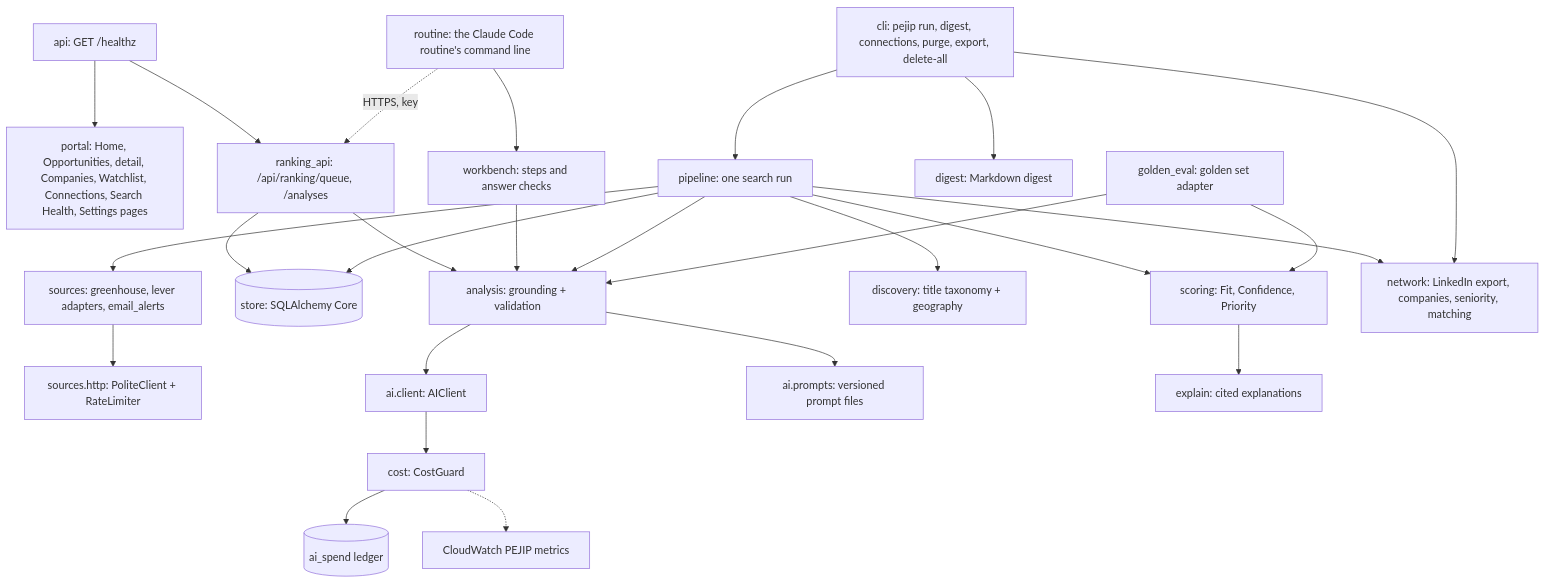
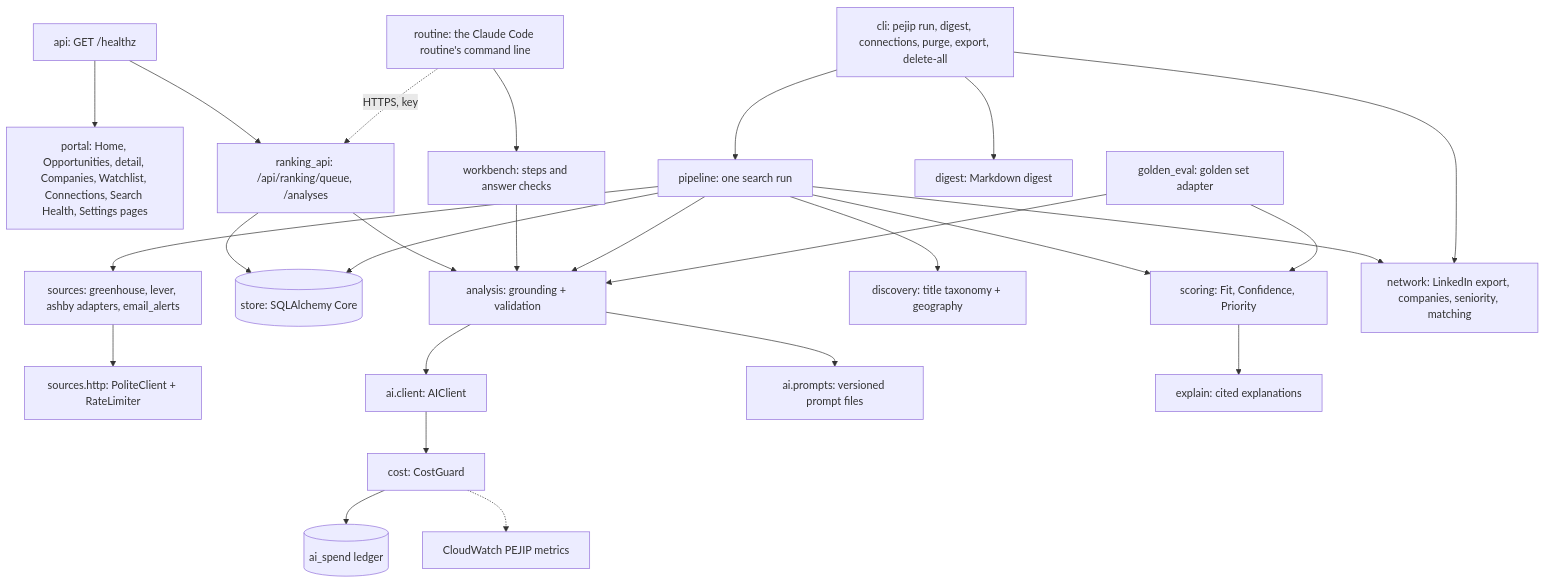
Before and after one commit to madduri-ops/PEJIP: the diagram in docs/architecture/components.md, drawn with Mermaid. The commit also changed other lines of this file and 10 other files, not shown here.

````diff
--- a/docs/architecture/components.md
+++ b/docs/architecture/components.md
@@ -7,44 +7,44 @@
 ```mermaid
 flowchart TB
     api[api: GET /healthz]
     portal[portal: Home, Opportunities, detail, Companies, Watchlist, Connections, Search Health, Settings pages]
     rapi[ranking_api: /api/ranking/queue, /analyses]
     api --> portal
     api --> rapi
     rapi --> ana
     rapi --> store
     routine[routine: the Claude Code routine's command line] -.HTTPS, key.-> rapi
     routine --> work[workbench: steps and answer checks]
     work --> ana
     cli[cli: pejip run, digest, connections, purge, export, delete-all]
     pipe[pipeline: one search run]
-    src[sources: greenhouse, lever adapters, email_alerts]
+    src[sources: greenhouse, lever, ashby adapters, email_alerts]
     http[sources.http: PoliteClient + RateLimiter]
     disc[discovery: title taxonomy + geography]
     store[(store: SQLAlchemy Core)]
     ana[analysis: grounding + validation]
     ai[ai.client: AIClient]
     guard[cost: CostGuard]
     ledger[(ai_spend ledger)]
     cw[CloudWatch PEJIP metrics]
     prompts[ai.prompts: versioned prompt files]
     score[scoring: Fit, Confidence, Priority]
     explain[explain: cited explanations]
     digest[digest: Markdown digest]
     evals[golden_eval: golden set adapter]
     net[network: LinkedIn export, companies, seniority, matching]
     cli --> pipe
     pipe --> src --> http
     pipe --> disc
     pipe --> store
     pipe --> ana --> ai
     ana --> prompts
     ai --> guard --> ledger
     guard -.-> cw
     pipe --> score --> explain
     pipe --> net
     cli --> net
     cli --> digest
     evals --> ana
     evals --> score
 ```
````
